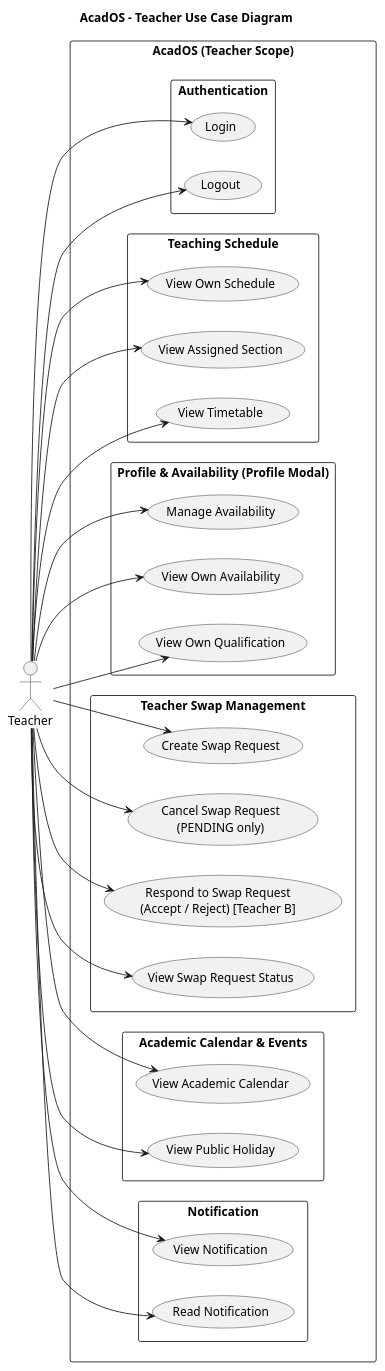
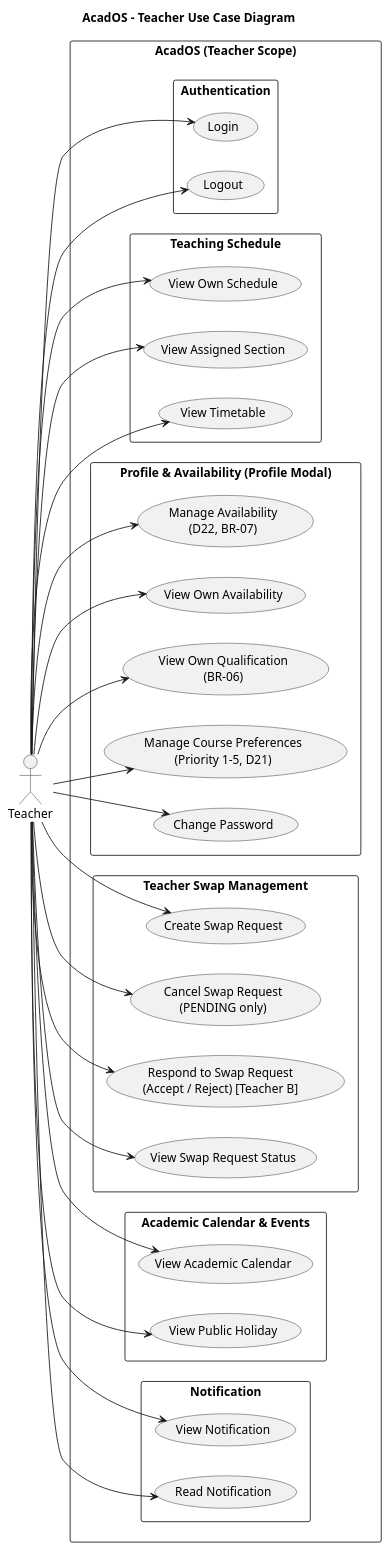
The second of 3 diagrams in doc/diagram/Usecase_diagram.md (synthesixer/AcadOS), drawn with PlantUML before and after one commit. The commit also changed 18 other files, not shown here.

First line of the commit message:
fix Refactor diagram to up to date

````diff
--- a/doc/diagram/Usecase_diagram.md
+++ b/doc/diagram/Usecase_diagram.md
@@ -149,57 +149,61 @@
 ```plantuml
 @startuml
 title AcadOS - Teacher Use Case Diagram
 left to right direction
 skinparam packageStyle rectangle
 
 actor "Teacher" as Teacher
 
 rectangle "AcadOS (Teacher Scope)" {
     package "Authentication" {
         usecase "Login" as UC_TLogin
         usecase "Logout" as UC_TLogout
     }
     package "Teaching Schedule" {
         usecase "View Own Schedule" as UC_TViewSchedule
         usecase "View Assigned Section" as UC_TViewSection
         usecase "View Timetable" as UC_TViewTimetable
     }
     package "Profile & Availability (Profile Modal)" {
-        usecase "Manage Availability" as UC_TManageAvail
+        usecase "Manage Availability\n(D22, BR-07)" as UC_TManageAvail
         usecase "View Own Availability" as UC_TViewAvail
-        usecase "View Own Qualification" as UC_TViewQual
+        usecase "View Own Qualification\n(BR-06)" as UC_TViewQual
+        usecase "Manage Course Preferences\n(Priority 1-5, D21)" as UC_TManagePref
+        usecase "Change Password" as UC_TChangePassword
     }
     package "Teacher Swap Management" {
         usecase "Create Swap Request" as UC_TCreateSwap
         usecase "Cancel Swap Request\n(PENDING only)" as UC_TCancelSwap
         usecase "Respond to Swap Request\n(Accept / Reject) [Teacher B]" as UC_TRespondSwap
         usecase "View Swap Request Status" as UC_TViewSwapStatus
     }
     package "Academic Calendar & Events" {
         usecase "View Academic Calendar" as UC_TViewCalendar
         usecase "View Public Holiday" as UC_TViewHoliday
     }
     package "Notification" {
         usecase "View Notification" as UC_TViewNotif
         usecase "Read Notification" as UC_TReadNotif
     }
 }
 
 Teacher --> UC_TLogin
 Teacher --> UC_TLogout
 Teacher --> UC_TViewSchedule
 Teacher --> UC_TViewSection
 Teacher --> UC_TViewTimetable
 Teacher --> UC_TManageAvail
 Teacher --> UC_TViewAvail
 Teacher --> UC_TViewQual
+Teacher --> UC_TManagePref
+Teacher --> UC_TChangePassword
 Teacher --> UC_TCreateSwap
 Teacher --> UC_TCancelSwap
 Teacher --> UC_TRespondSwap
 Teacher --> UC_TViewSwapStatus
 Teacher --> UC_TViewCalendar
 Teacher --> UC_TViewHoliday
 Teacher --> UC_TViewNotif
 Teacher --> UC_TReadNotif
 @enduml
 ```
````
